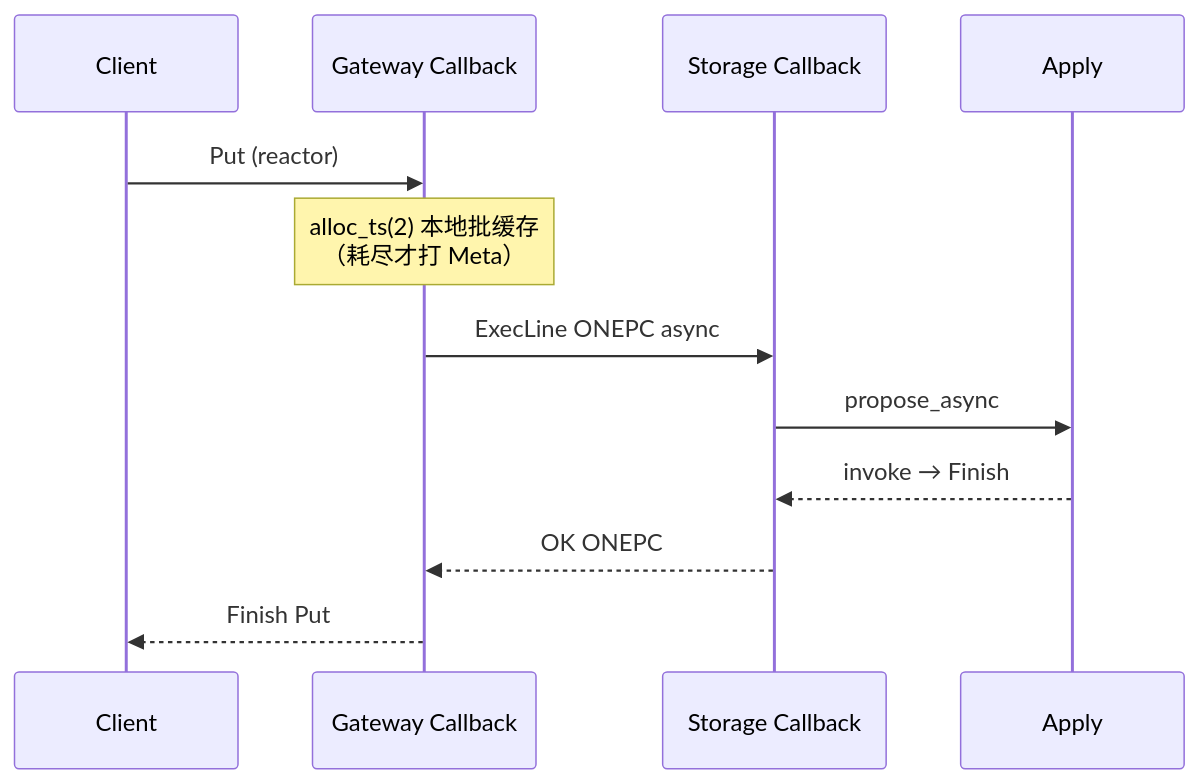
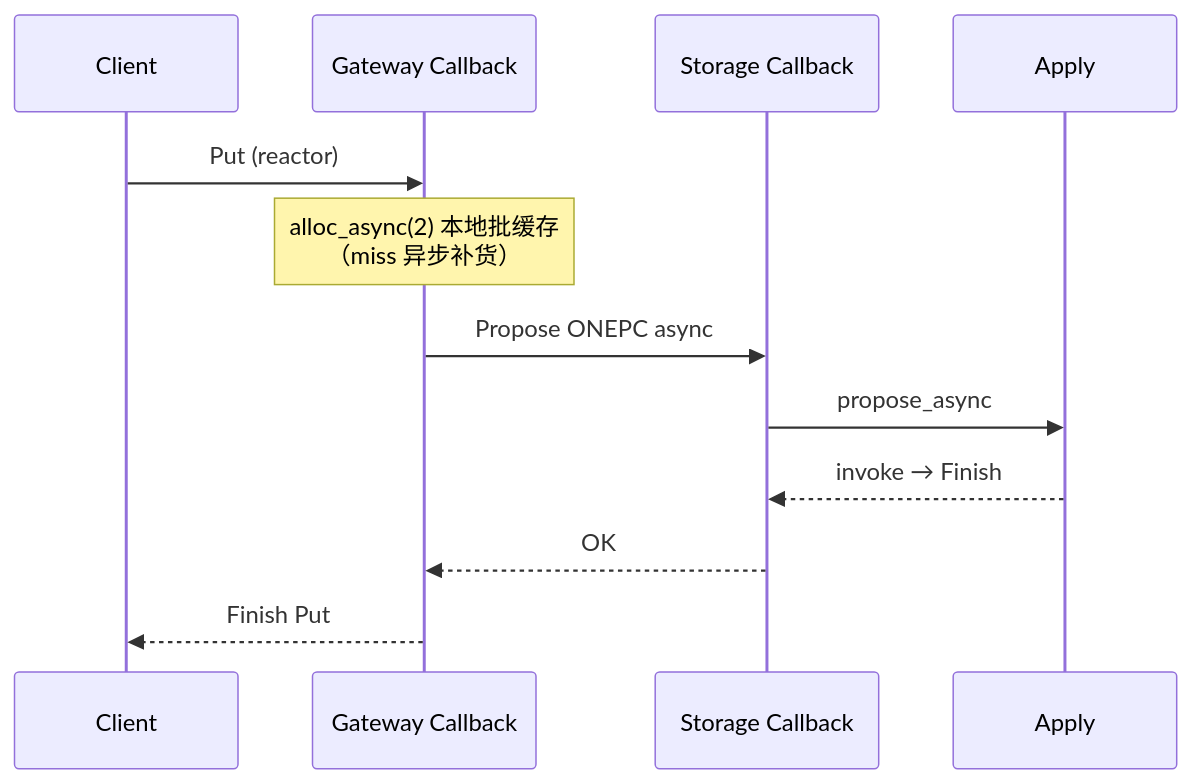
The diagram in docs/flows/21-async-network.md (devotionalist/openkv), drawn with Mermaid before and after one commit. The commit also changed other lines of this file and 65 other files, not shown here.

````diff
--- a/docs/flows/21-async-network.md
+++ b/docs/flows/21-async-network.md
@@ -20,15 +20,15 @@
 ```mermaid
 sequenceDiagram
   participant C as Client
   participant G as Gateway Callback
   participant S as Storage Callback
   participant A as Apply
 
   C->>G: Put (reactor)
-  Note over G: alloc_ts(2) 本地批缓存<br/>（耗尽才打 Meta）
-  G->>S: ExecLine ONEPC async
+  Note over G: alloc_async(2) 本地批缓存<br/>（miss 异步补货）
+  G->>S: Propose ONEPC async
   S->>A: propose_async
   A-->>S: invoke → Finish
-  S-->>G: OK ONEPC
+  S-->>G: OK
   G-->>C: Finish Put
 ```
````
